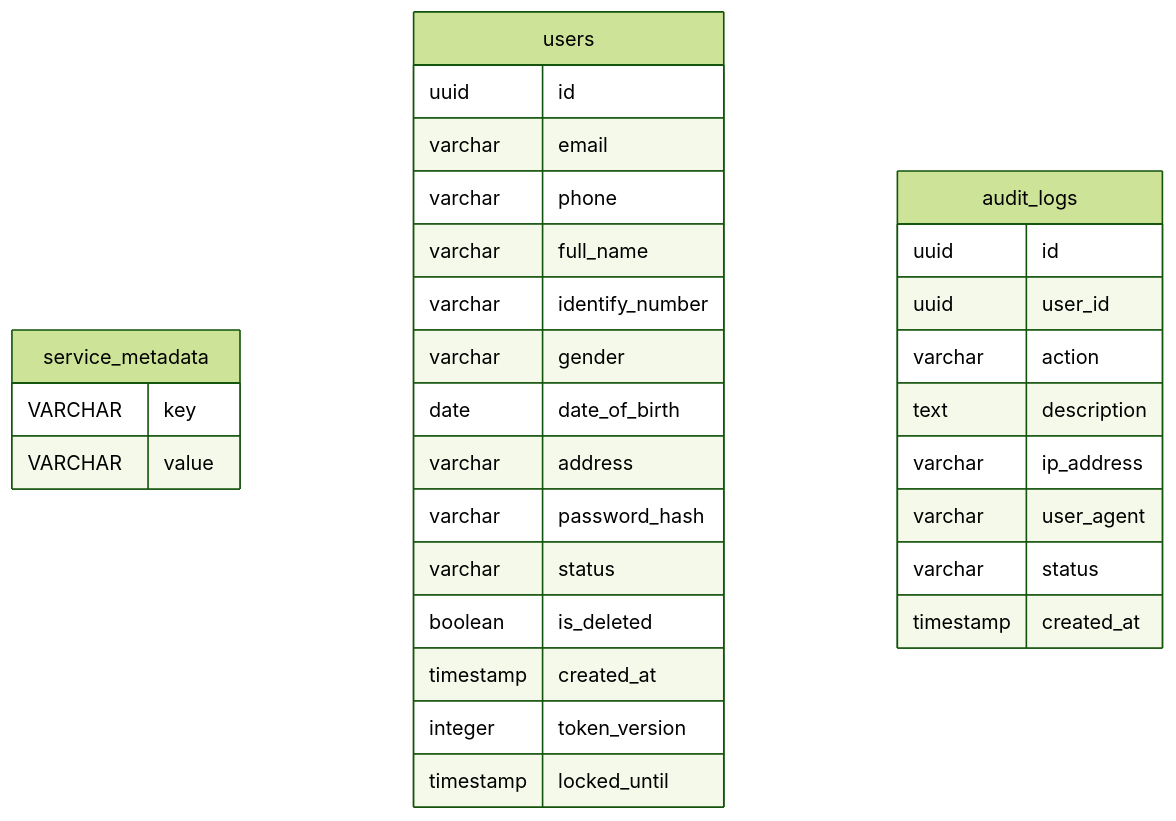
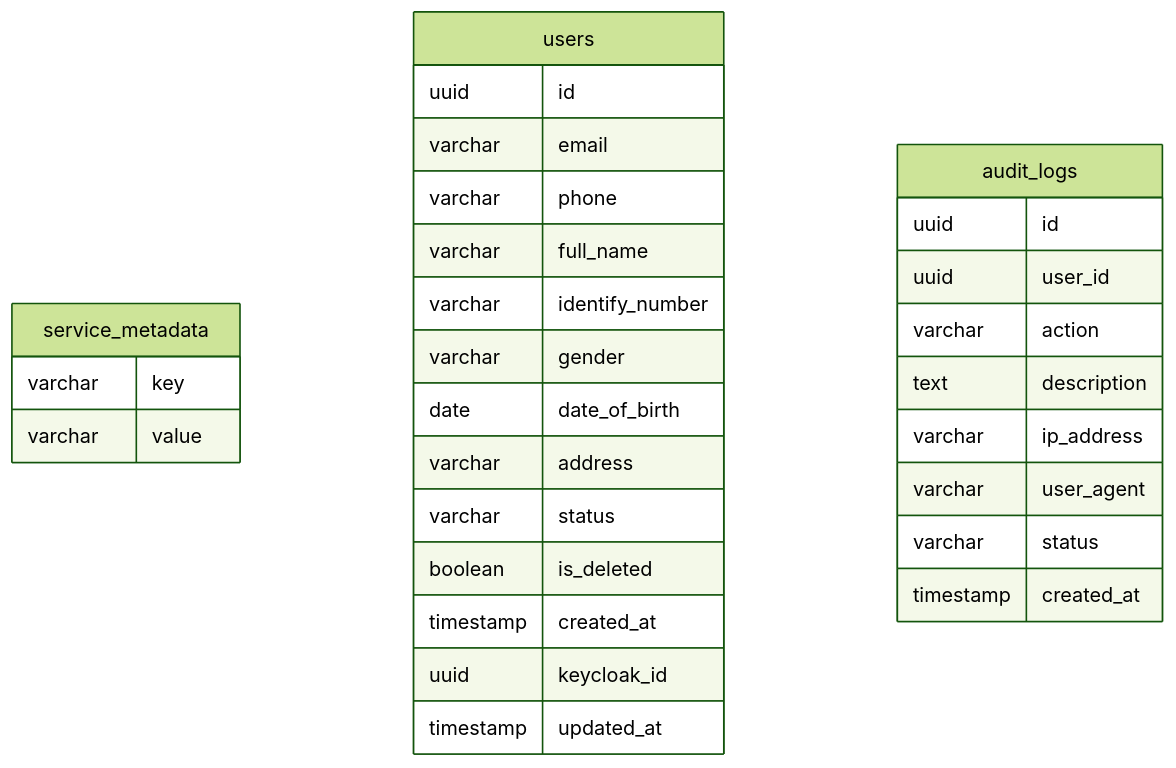
One commit to harry-leon/e-commerce-auction changed the first of 7 diagrams in docs/database/ERD.md. Above: the diagram before and after it, drawn with Mermaid (forest theme). The commit also changed other lines of this file and 3 other files, not shown here.

````diff
--- a/docs/database/ERD.md
+++ b/docs/database/ERD.md
@@ -7,34 +7,33 @@
 ```mermaid
 erDiagram
   service_metadata {
-    VARCHAR key
-    VARCHAR value
+    varchar key
+    varchar value
   }
   users {
     uuid id
     varchar email
     varchar phone
     varchar full_name
     varchar identify_number
     varchar gender
     date date_of_birth
     varchar address
-    varchar password_hash
     varchar status
     boolean is_deleted
     timestamp created_at
-    integer token_version
-    timestamp locked_until
+    uuid keycloak_id
+    timestamp updated_at
   }
   audit_logs {
     uuid id
     uuid user_id
     varchar action
     text description
     varchar ip_address
     varchar user_agent
     varchar status
     timestamp created_at
   }
 
 ```
````
